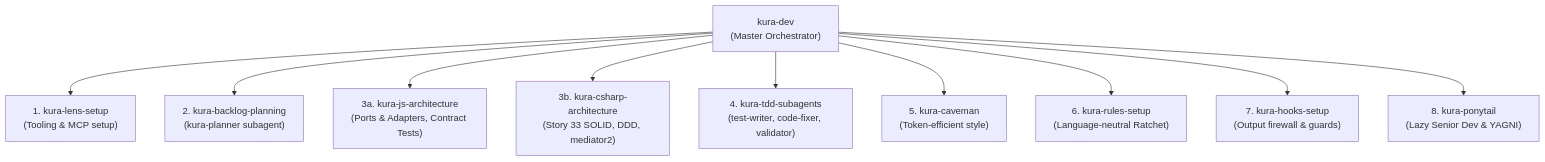
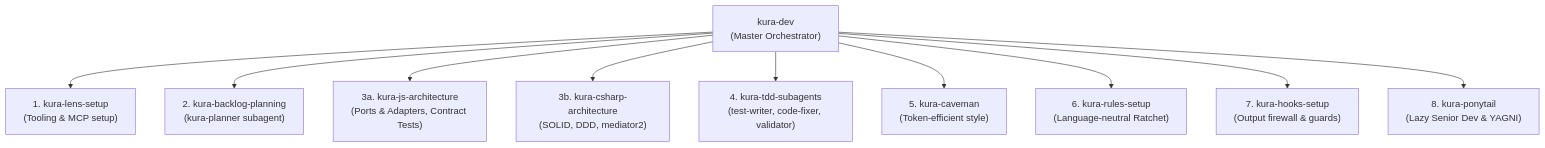
One commit to kimVanRenterghemNew/kura-agent-plugin changed the second of 2 diagrams in plugins/kura/skills/kura-dev/SKILL.md. Above: the diagram before and after it, drawn with Mermaid. The commit also changed other lines of this file and 9 other files, not shown here.

Commit message:
Sanitize architectural documentation and seam definitions

````diff
--- a/plugins/kura/skills/kura-dev/SKILL.md
+++ b/plugins/kura/skills/kura-dev/SKILL.md
@@ -42,12 +42,12 @@
 ```mermaid
 flowchart TD
     MAIN["kura-dev<br/>(Master Orchestrator)"] --> S0["1. kura-lens-setup<br/>(Tooling & MCP setup)"]
     MAIN --> S1["2. kura-backlog-planning<br/>(kura-planner subagent)"]
     MAIN --> S2A["3a. kura-js-architecture<br/>(Ports & Adapters, Contract Tests)"]
-    MAIN --> S2B["3b. kura-csharp-architecture<br/>(Story 33 SOLID, DDD, mediator2)"]
+    MAIN --> S2B["3b. kura-csharp-architecture<br/>(SOLID, DDD, mediator2)"]
     MAIN --> S3["4. kura-tdd-subagents<br/>(test-writer, code-fixer, validator)"]
     MAIN --> S4["5. kura-caveman<br/>(Token-efficient style)"]
     MAIN --> S5["6. kura-rules-setup<br/>(Language-neutral Ratchet)"]
     MAIN --> S6["7. kura-hooks-setup<br/>(Output firewall & guards)"]
     MAIN --> S7["8. kura-ponytail<br/>(Lazy Senior Dev & YAGNI)"]
 ```
````
